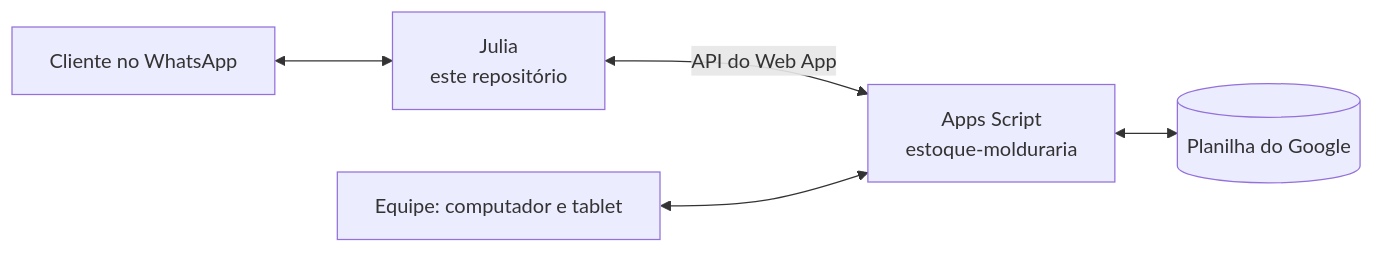
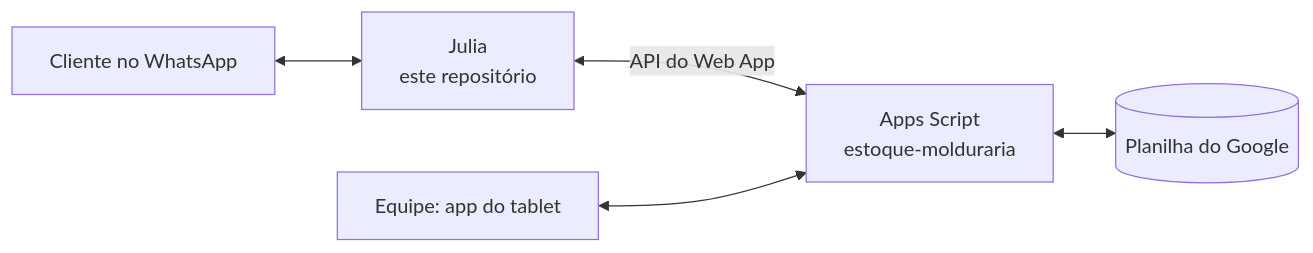
One commit to GuilhermeZaros/molduras-bot changed the diagram in README.md. Above: the diagram before and after it, drawn with Mermaid. The commit also changed other lines of this file, not shown here.

Commit message:
README: a equipe usa o estoque pelo app do tablet

````diff
--- a/README.md
+++ b/README.md
@@ -11,7 +11,7 @@
 ```mermaid
 flowchart LR
     C[Cliente no WhatsApp] <--> J[Julia<br/>este repositório]
     J <-->|API do Web App| A[Apps Script<br/>estoque-molduraria]
     A <--> P[(Planilha do Google)]
-    E[Equipe: computador e tablet] <--> A
+    E[Equipe: app do tablet] <--> A
 ```
````
